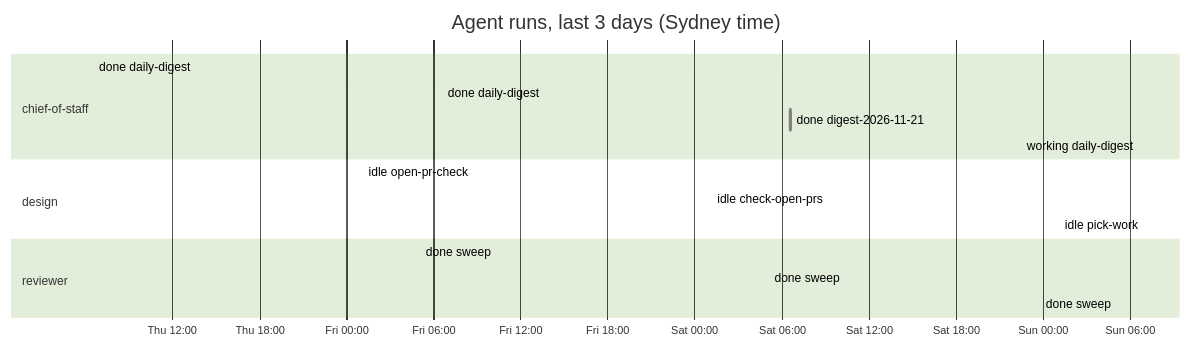
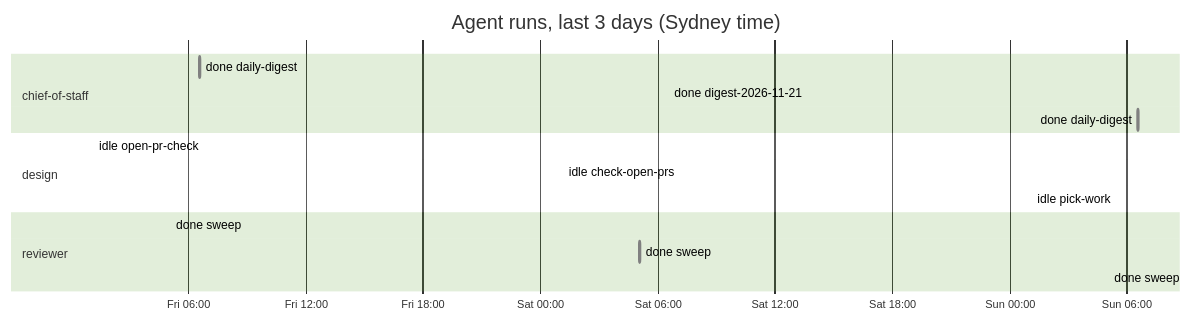
Before and after one commit to roulmediateam-byte/fifteen-expert-hq: the diagram in dashboard.md, drawn with Mermaid (forest theme). The commit also changed other lines of this file and 1 other file, not shown here.

````diff
--- a/dashboard.md
+++ b/dashboard.md
@@ -48,19 +49,18 @@
 ```mermaid
 gantt
     title Agent runs, last 3 days (Sydney time)
     dateFormat YYYY-MM-DD HH:mm
     axisFormat %a %H:%M
     section chief-of-staff
-    done daily-digest :done, 2026-11-19 06:35, 2026-11-19 06:36
     done daily-digest :done, 2026-11-20 06:35, 2026-11-20 06:37
     done digest-2026-11-21 :done, 2026-11-21 06:34, 2026-11-21 06:36
-    working daily-digest :active, 2026-11-22 06:34, 2026-11-22 06:35
+    done daily-digest :done, 2026-11-22 06:34, 2026-11-22 06:36
     section design
     idle open-pr-check :done, 2026-11-20 01:10, 2026-11-20 01:11
     idle check-open-prs :done, 2026-11-21 01:10, 2026-11-21 01:11
     idle pick-work :done, 2026-11-22 01:08, 2026-11-22 01:08
     section reviewer
     done sweep :done, 2026-11-20 05:05, 2026-11-20 05:05
     done sweep :done, 2026-11-21 05:05, 2026-11-21 05:06
     done sweep :done, 2026-11-22 05:05, 2026-11-22 05:06
 ```
````
